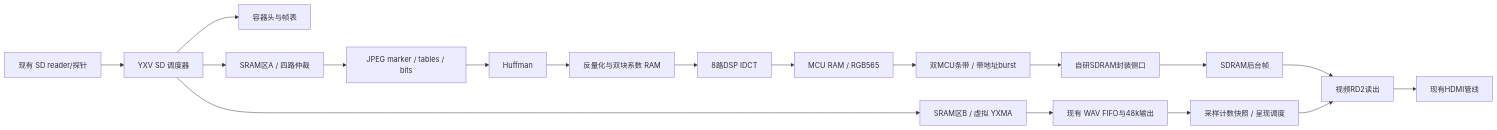
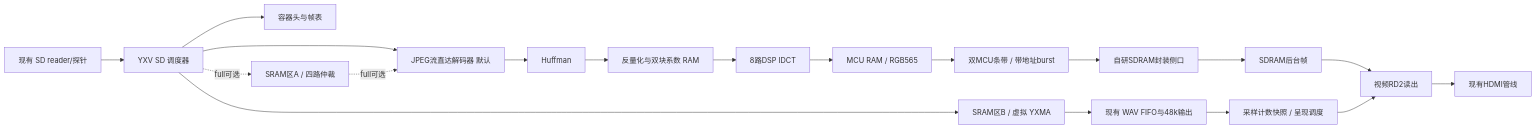
The diagram in docs/DESIGN_MJPG.md (HXFhappiness/yingxu), drawn with Mermaid before and after one commit. The commit also changed other lines of this file, not shown here.

````diff
--- a/docs/DESIGN_MJPG.md
+++ b/docs/DESIGN_MJPG.md
@@ -98,20 +98,21 @@
 ```mermaid
 flowchart LR
   SD[现有 SD reader/探针] --> S[YXV SD 调度器]
   S --> H[容器头与帧表]
   S --> A[SRAM区B / 虚拟 YXMA]
   A --> W[现有 WAV FIFO与48k输出]
-  S --> QSR[SRAM区A / 四路仲裁]
-  QSR --> M[JPEG marker / tables / bits]
+  S --> M[JPEG流直达解码器 默认]
+  S -. full可选 .-> QSR[SRAM区A / 四路仲裁]
+  QSR -. full可选 .-> M
   M --> E[Huffman]
   E --> Q[反量化与双块系数 RAM]
   Q --> I[8路DSP IDCT]
   I --> C[MCU RAM / RGB565]
   C --> P[双MCU条带 / 带地址burst]
   P --> D[自研SDRAM封装侧口]
   D --> F[SDRAM后台帧]
   F --> R[视频RD2读出]
   R --> HDMI[现有HDMI管线]
   W --> T[采样计数快照 / 呈现调度]
   T --> R
 ```
````
